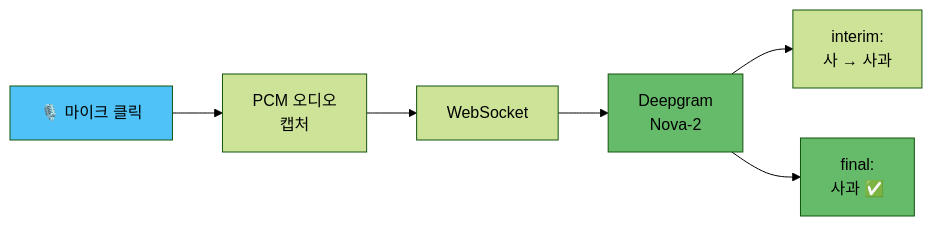
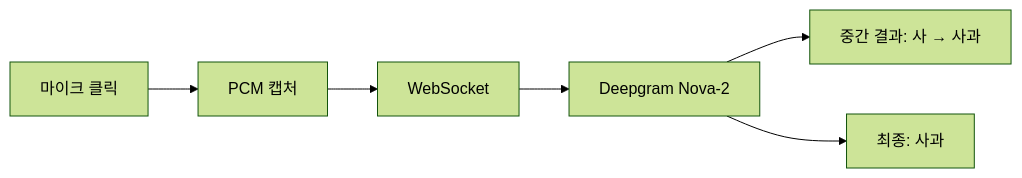
One commit to Technoetic/word-chain-game changed the third of 7 diagrams in README.md. Above: the diagram before and after it, drawn with Mermaid (forest theme). The commit also changed other lines of this file, not shown here.

````diff
--- a/README.md
+++ b/README.md
@@ -102,10 +64,6 @@
 ```mermaid
 flowchart LR
-    A["🎙️ 마이크 클릭"] --> B["PCM 오디오\n캡처"] --> C["WebSocket"] --> D["Deepgram\nNova-2"]
-    D --> E["interim:\n사 → 사과"]
-    D --> F["final:\n사과 ✅"]
-
-    style A fill:#4fc3f7,color:#000
-    style D fill:#66bb6a,color:#000
-    style F fill:#66bb6a,color:#000
+    A["마이크 클릭"] --> B["PCM 캡처"] --> C["WebSocket"] --> D["Deepgram Nova-2"]
+    D --> E["중간 결과: 사 → 사과"]
+    D --> F["최종: 사과"]
 ```
````
